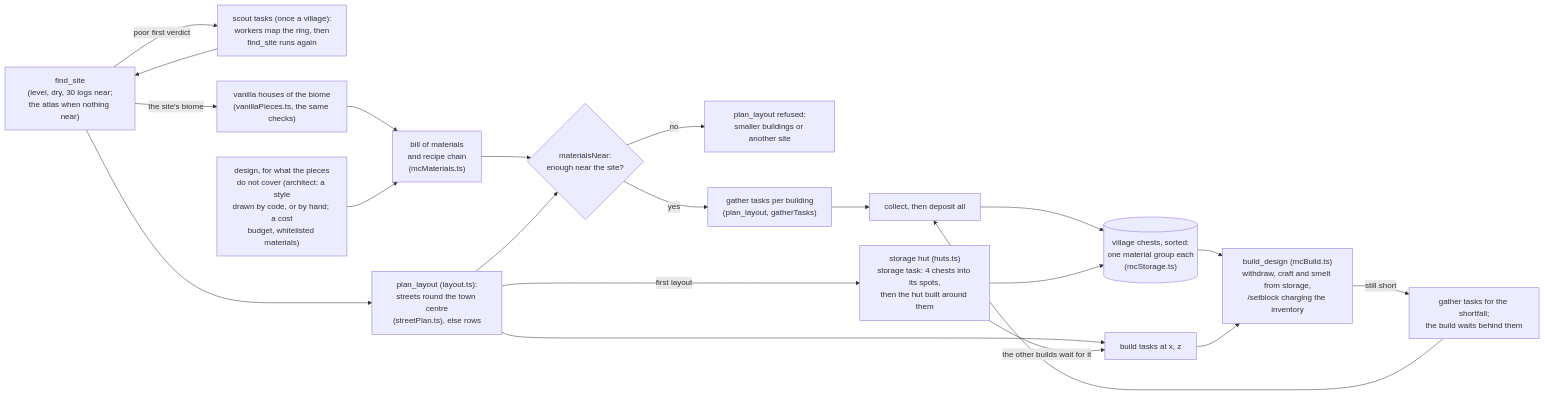
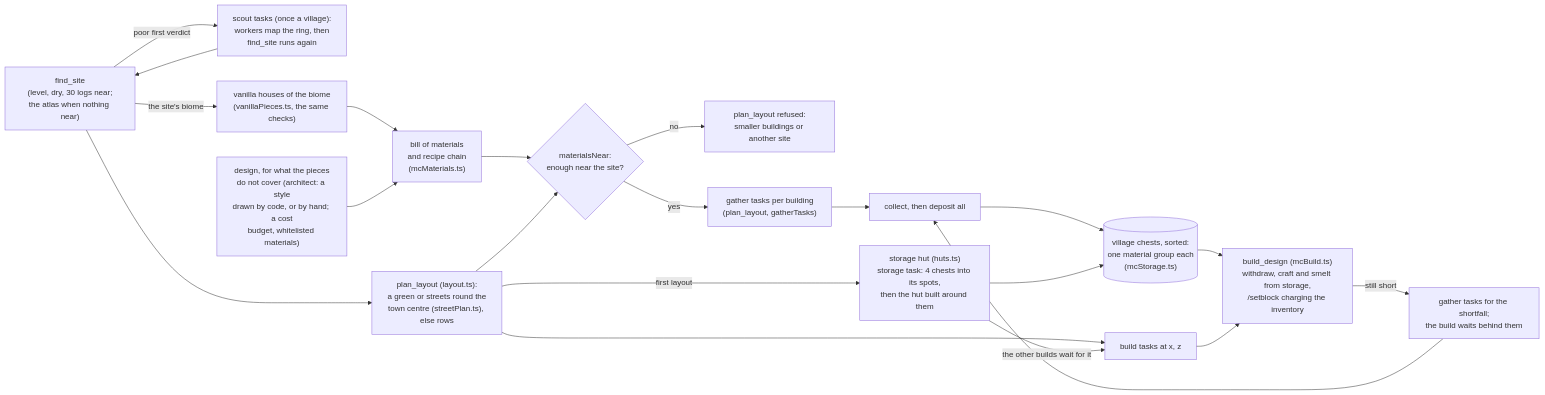
Diagram 15 of 16 in docs/ARCHITECTURE.md (delphium226/MCAISandbox), drawn with Mermaid before and after one commit. The commit also changed other lines of this file and 3 other files, not shown here.

````diff
--- a/docs/ARCHITECTURE.md
+++ b/docs/ARCHITECTURE.md
@@ -752,21 +768,21 @@
 ```mermaid
 flowchart LR
   site["find_site<br/>(level, dry, 30 logs near;<br/>the atlas when nothing near)"] --> layout
   site -- "poor first verdict" --> scout["scout tasks (once a village):<br/>workers map the ring, then<br/>find_site runs again"] --> site
   site -- "the site's biome" --> vanilla["vanilla houses of the biome<br/>(vanillaPieces.ts, the same checks)"] --> bom
   design["design, for what the pieces<br/>do not cover (architect: a style<br/>drawn by code, or by hand; a cost<br/>budget, whitelisted materials)"] --> bom["bill of materials<br/>and recipe chain<br/>(mcMaterials.ts)"]
   bom --> near{"materialsNear:<br/>enough near the site?"}
   near -- no --> refuse["plan_layout refused:<br/>smaller buildings or another site"]
   near -- yes --> tasks["gather tasks per building<br/>(plan_layout, gatherTasks)"]
-  layout["plan_layout (layout.ts):<br/>streets round the town centre<br/>(streetPlan.ts), else rows"] --> near
+  layout["plan_layout (layout.ts):<br/>a green or streets round the<br/>town centre (streetPlan.ts), else rows"] --> near
   layout --> buildtask["build tasks at x, z"]
   tasks --> collect["collect, then deposit all"]
   collect --> storage[("village chests, sorted:<br/>one material group each<br/>(mcStorage.ts)")]
   layout -- "first layout" --> hut["storage hut (huts.ts)<br/>storage task: 4 chests into its spots,<br/>then the hut built around them"]
   hut --> storage
   hut -- "the other builds wait for it" --> buildtask
   storage --> build["build_design (mcBuild.ts)<br/>withdraw, craft and smelt from storage,<br/>/setblock charging the inventory"]
   buildtask --> build
   build -- "still short" --> requeue["gather tasks for the shortfall;<br/>the build waits behind them"]
   requeue --> collect
 ```
````
